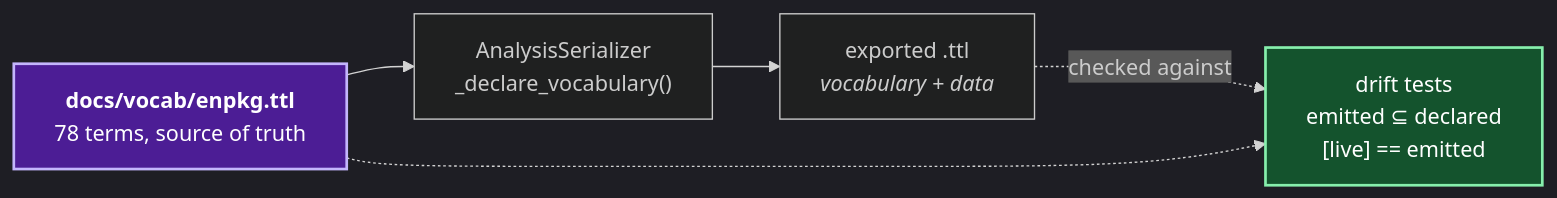
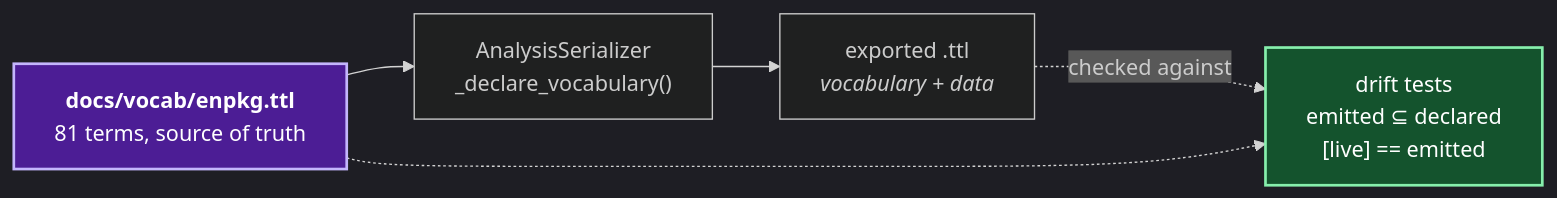
The second of 2 diagrams in docs/VOCABULARY.md (llegregam/enpkg_full), drawn with Mermaid before and after one commit. The commit also changed other lines of this file and 14 other files, not shown here.

````diff
--- a/docs/VOCABULARY.md
+++ b/docs/VOCABULARY.md
@@ -221,13 +221,13 @@
 ```mermaid
 %%{init: {'theme':'dark'}}%%
 flowchart LR
-    T["<b>docs/vocab/enpkg.ttl</b><br/>78 terms, source of truth"]:::vocab
+    T["<b>docs/vocab/enpkg.ttl</b><br/>81 terms, source of truth"]:::vocab
     S["AnalysisSerializer<br/>_declare_vocabulary()"]
     O["exported .ttl<br/><i>vocabulary + data</i>"]
     D["drift tests<br/>emitted ⊆ declared<br/>[live] == emitted"]:::test
     T --> S --> O
     O -.->|"checked against"| D
     T -.-> D
     classDef vocab fill:#4c1d95,stroke:#c4b5fd,color:#ffffff,stroke-width:2px;
     classDef test fill:#14532d,stroke:#86efac,color:#ffffff,stroke-width:2px;
 ```
````
